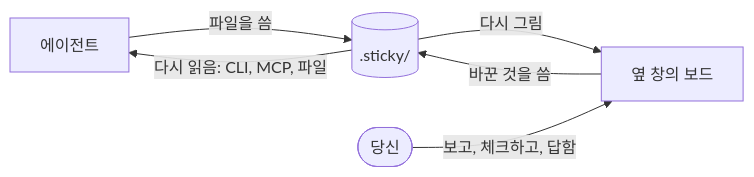
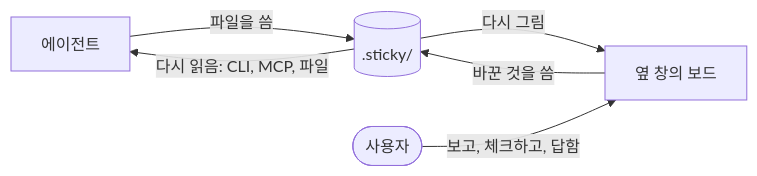
Before and after one commit to LeeSwallow/stickypane: the first of 6 diagrams in README.ko.md, drawn with Mermaid. The commit also changed other lines of this file and 4 other files, not shown here.

````diff
--- a/README.ko.md
+++ b/README.ko.md
@@ -45,8 +44,8 @@
 ```mermaid
 flowchart LR
     agent["에이전트"] -->|"파일을 씀"| folder[(".sticky/")]
     folder -->|"다시 그림"| board["옆 창의 보드"]
-    you(["당신"]) -->|"보고, 체크하고, 답함"| board
+    you(["사용자"]) -->|"보고, 체크하고, 답함"| board
     board -->|"바꾼 것을 씀"| folder
     folder -->|"다시 읽음: CLI, MCP, 파일"| agent
 ```
````
